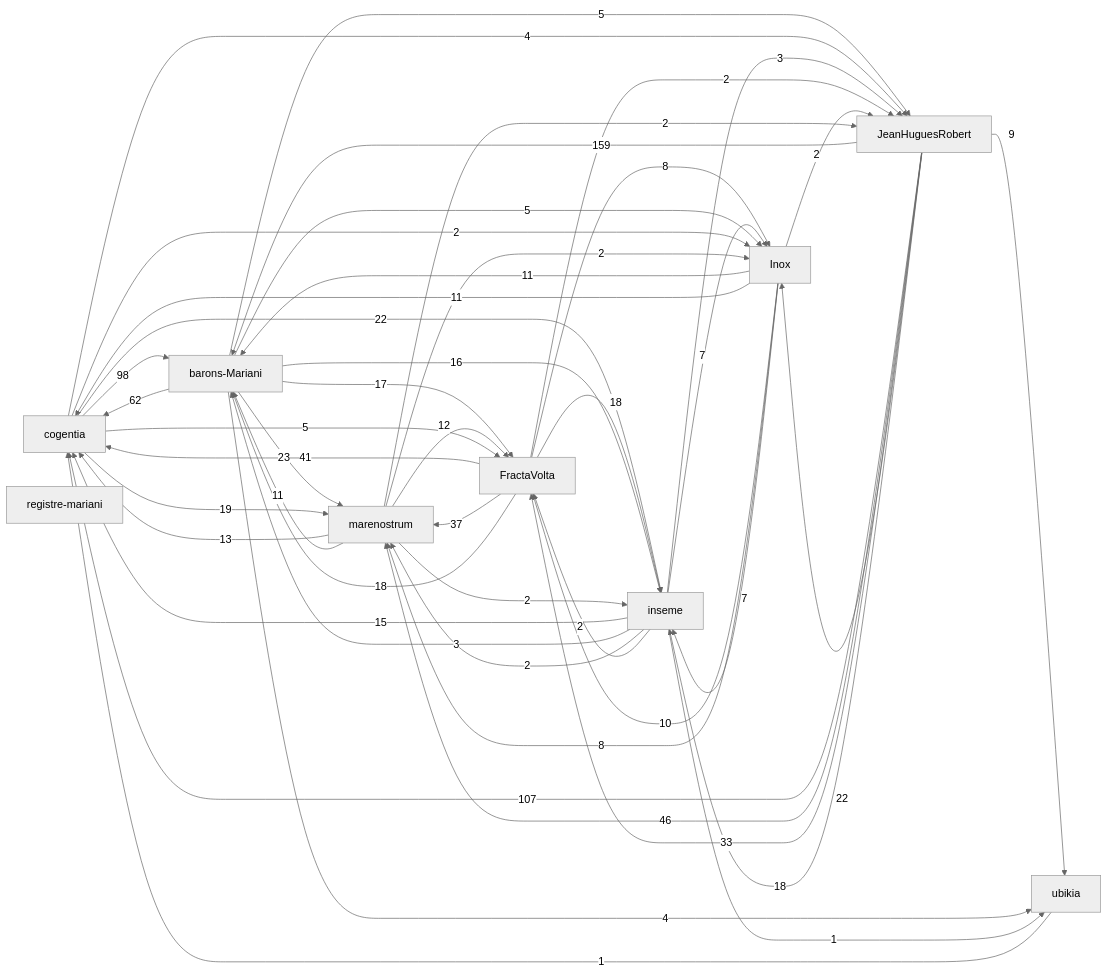
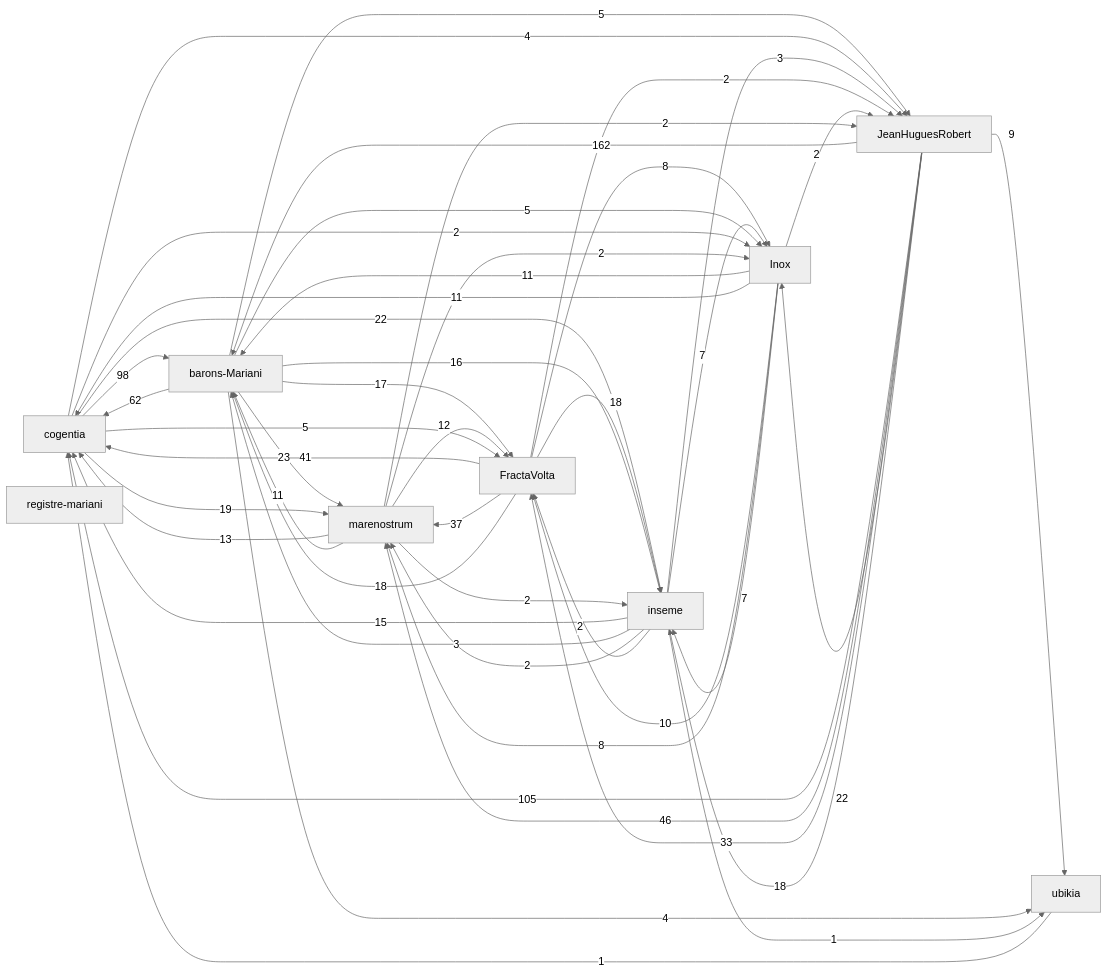
Before and after one commit to JeanHuguesRobert/FractaVolta: the first of 2 diagrams in research/corpus-status.md, drawn with Mermaid (neutral theme).

Commit message:
Refresh generated corpus views

````diff
--- a/research/corpus-status.md
+++ b/research/corpus-status.md
@@ -45,58 +45,58 @@
 ```mermaid
 graph LR
   r_cogentia["cogentia"]
   r_fractavolta["FractaVolta"]
   r_marenostrum["marenostrum"]
   r_barons_mariani["barons-Mariani"]
   r_inseme["inseme"]
   r_inox["Inox"]
   r_registre_mariani["registre-mariani"]
   r_ubikia["ubikia"]
   r_jeanhuguesrobert["JeanHuguesRobert"]
-  r_jeanhuguesrobert -->|159| r_barons_mariani
-  r_jeanhuguesrobert -->|107| r_cogentia
+  r_jeanhuguesrobert -->|162| r_barons_mariani
+  r_jeanhuguesrobert -->|105| r_cogentia
   r_cogentia -->|98| r_barons_mariani
   r_barons_mariani -->|62| r_cogentia
   r_jeanhuguesrobert -->|46| r_marenostrum
   r_fractavolta -->|41| r_cogentia
   r_fractavolta -->|37| r_marenostrum
   r_jeanhuguesrobert -->|33| r_fractavolta
   r_barons_mariani -->|23| r_marenostrum
   r_cogentia -->|22| r_inseme
   r_jeanhuguesrobert -->|22| r_inox
   r_cogentia -->|19| r_marenostrum
   r_fractavolta -->|18| r_inseme
   r_fractavolta -->|18| r_barons_mariani
   r_jeanhuguesrobert -->|18| r_inseme
   r_barons_mariani -->|17| r_fractavolta
   r_barons_mariani -->|16| r_inseme
   r_inseme -->|15| r_cogentia
   r_marenostrum -->|13| r_cogentia
   r_marenostrum -->|12| r_fractavolta
   r_inox -->|11| r_barons_mariani
   r_inox -->|11| r_cogentia
   r_marenostrum -->|11| r_barons_mariani
   r_inox -->|10| r_fractavolta
   r_jeanhuguesrobert -->|9| r_ubikia
   r_fractavolta -->|8| r_inox
   r_inox -->|8| r_marenostrum
   r_inox -->|7| r_inseme
   r_inseme -->|7| r_inox
   r_barons_mariani -->|5| r_inox
   r_barons_mariani -->|5| r_jeanhuguesrobert
   r_cogentia -->|5| r_fractavolta
   r_barons_mariani -->|4| r_ubikia
   r_cogentia -->|4| r_jeanhuguesrobert
   r_inseme -->|3| r_barons_mariani
   r_inseme -->|3| r_jeanhuguesrobert
   r_cogentia -->|2| r_inox
   r_fractavolta -->|2| r_jeanhuguesrobert
   r_inox -->|2| r_jeanhuguesrobert
   r_inseme -->|2| r_marenostrum
   r_inseme -->|2| r_fractavolta
   r_marenostrum -->|2| r_jeanhuguesrobert
   r_marenostrum -->|2| r_inseme
   r_marenostrum -->|2| r_inox
   r_inseme -->|1| r_ubikia
   r_ubikia -->|1| r_cogentia
 ```
````
